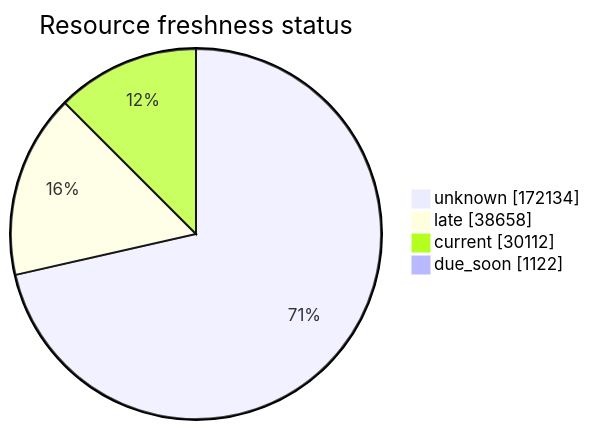
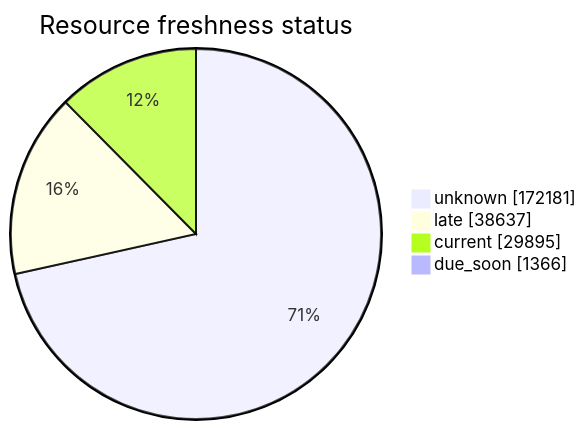
The third of 5 diagrams in FreshCheck/README.md (open-data/analytics-corporate-reporting), drawn with Mermaid before and after one commit. The commit also changed other lines of this file and 3 other files, not shown here.

````diff
--- a/FreshCheck/README.md
+++ b/FreshCheck/README.md
@@ -77,7 +77,7 @@
 ```mermaid
 pie showData title Resource freshness status
-    "unknown": 172134
-    "late": 38658
-    "current": 30112
-    "due_soon": 1122
+    "unknown": 172181
+    "late": 38637
+    "current": 29895
+    "due_soon": 1366
 ```
````
